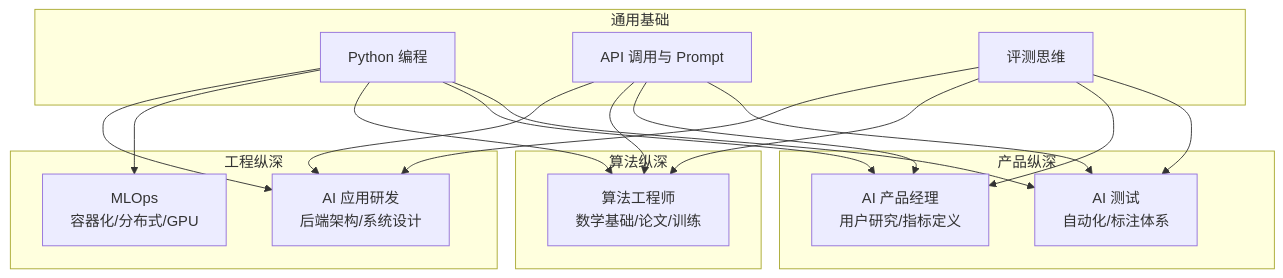
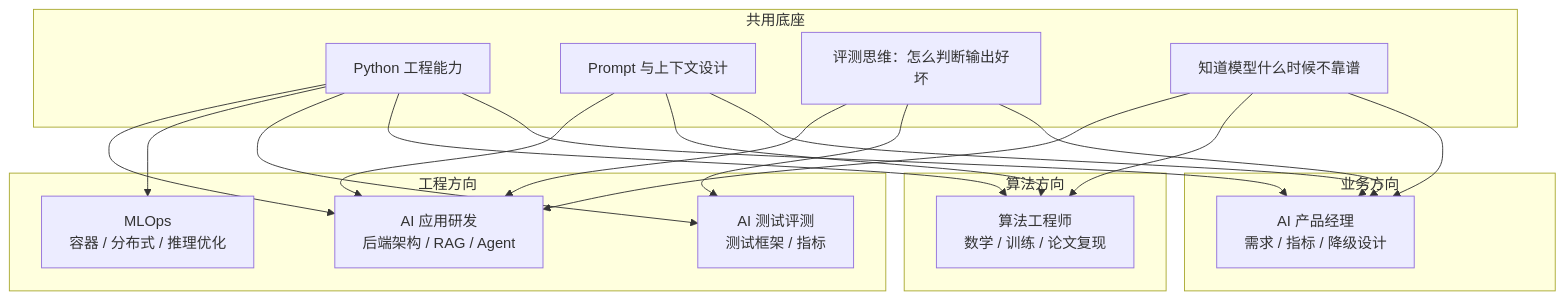
Before and after one commit to wuyoueeee/CS-Job-Guide: the diagram in docs/AI求职/01-AI岗位全景与转型路径.md, drawn with Mermaid. The commit also changed other lines of this file and 18 other files, not shown here.

First line of the commit message:
docs: AI 求职专题补数据、图表与操作清单，并新增「用 AI 求职」总纲

````diff
--- a/docs/AI求职/01-AI岗位全景与转型路径.md
+++ b/docs/AI求职/01-AI岗位全景与转型路径.md
@@ -48,22 +82,24 @@
 ```mermaid
 flowchart TD
-    subgraph 通用基础
-        A["Python 编程"]
-        B["API 调用与 Prompt"]
-        C["评测思维"]
+    subgraph 共用底座
+        A["Python 工程能力"]
+        B["Prompt 与上下文设计"]
+        C["评测思维：怎么判断输出好坏"]
+        D["知道模型什么时候不靠谱"]
     end
-    subgraph 工程纵深
-        D["AI 应用研发<br/>后端架构/系统设计"]
-        E["MLOps<br/>容器化/分布式/GPU"]
+    subgraph 工程方向
+        E["AI 应用研发<br/>后端架构 / RAG / Agent"]
+        F["MLOps<br/>容器 / 分布式 / 推理优化"]
+        G["AI 测试评测<br/>测试框架 / 指标"]
     end
-    subgraph 算法纵深
-        F["算法工程师<br/>数学基础/论文/训练"]
+    subgraph 算法方向
+        H["算法工程师<br/>数学 / 训练 / 论文复现"]
     end
-    subgraph 产品纵深
-        G["AI 产品经理<br/>用户研究/指标定义"]
-        H["AI 测试<br/>自动化/标注体系"]
+    subgraph 业务方向
+        I["AI 产品经理<br/>需求 / 指标 / 降级设计"]
     end
-    A --> D & E & F & G & H
-    B --> D & F & G & H
-    C --> D & F & G & H
+    A --> E & F & G & H & I
+    B --> E & H & I
+    C --> E & G & I
+    D --> E & H & I
 ```
````
